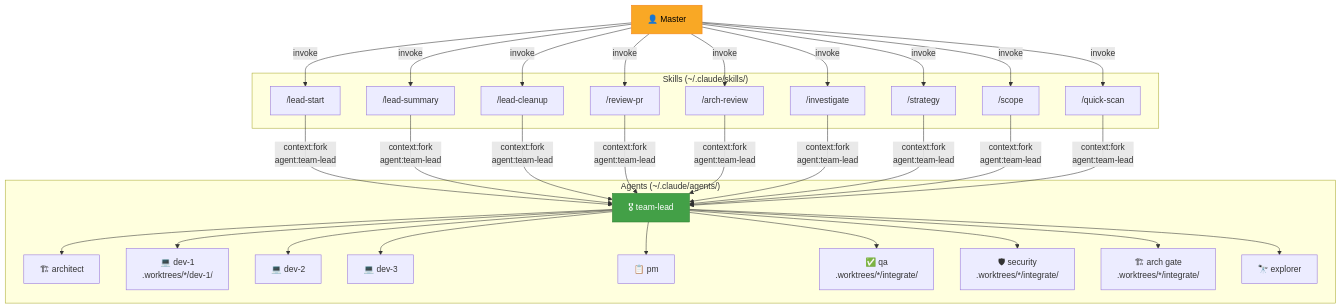
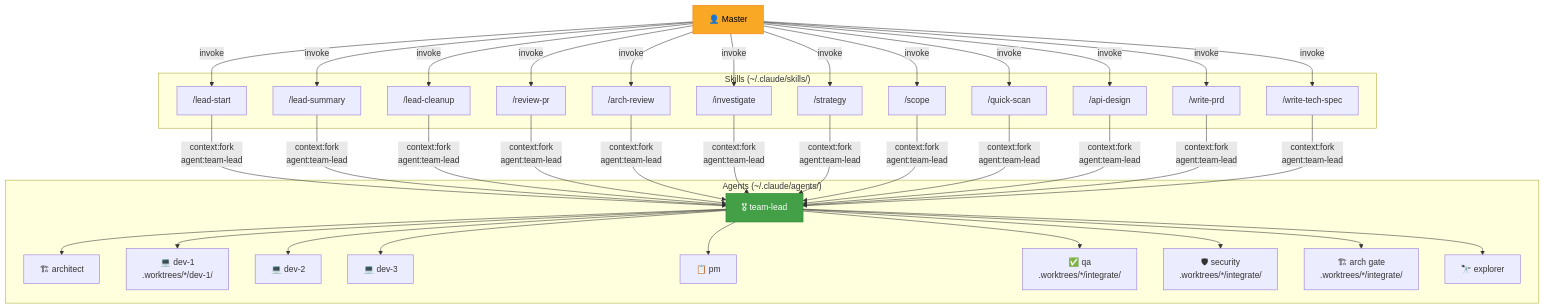
The diagram in README.md (samwang0723/claudecode-setup), drawn with Mermaid before and after one commit. The commit also changed other lines of this file and 3 other files, not shown here.

````diff
--- a/README.md
+++ b/README.md
@@ -54,36 +72,39 @@
 ```mermaid
 flowchart TB
     Master["👤 Master"]
 
     subgraph "Skills (~/.claude/skills/)"
         LS["/lead-start"]
         LSM["/lead-summary"]
         LC["/lead-cleanup"]
         RP["/review-pr"]
         AR["/arch-review"]
         INV["/investigate"]
         STR["/strategy"]
         SC["/scope"]
         QS["/quick-scan"]
+        AD["/api-design"]
+        WP["/write-prd"]
+        WTS["/write-tech-spec"]
     end
 
     subgraph "Agents (~/.claude/agents/)"
         TL["🎖 team-lead"]
         ARCH["🏗 architect"]
         D1["💻 dev-1\n.worktrees/*/dev-1/"]
         D2["💻 dev-2"]
         D3["💻 dev-3"]
         PM["📋 pm"]
         QA["✅ qa\n.worktrees/*/integrate/"]
         SEC["🛡 security\n.worktrees/*/integrate/"]
         AG["🏗 arch gate\n.worktrees/*/integrate/"]
         EXP["🔭 explorer"]
     end
 
-    Master -->|"invoke"| LS & LSM & LC & RP & AR & INV & STR & SC & QS
-    LS & LSM & LC & RP & AR & INV & STR & SC & QS -->|"context:fork\nagent:team-lead"| TL
+    Master -->|"invoke"| LS & LSM & LC & RP & AR & INV & STR & SC & QS & AD & WP & WTS
+    LS & LSM & LC & RP & AR & INV & STR & SC & QS & AD & WP & WTS -->|"context:fork\nagent:team-lead"| TL
     TL --> ARCH & D1 & D2 & D3 & PM & QA & SEC & AG & EXP
 
     style Master fill:#f9a825,stroke:#f57f17,color:#000
     style TL fill:#43a047,stroke:#2e7d32,color:#fff
 ```
````
